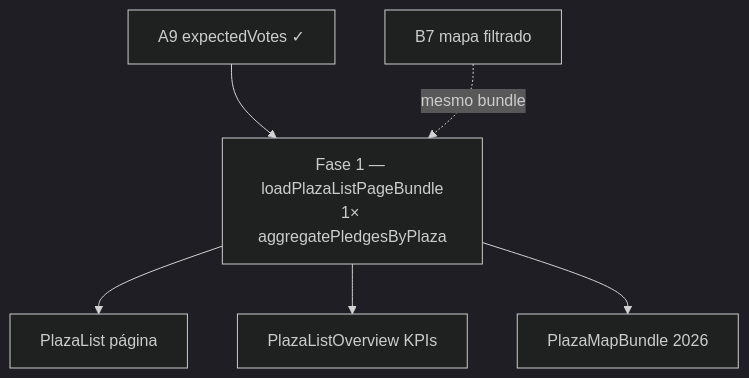
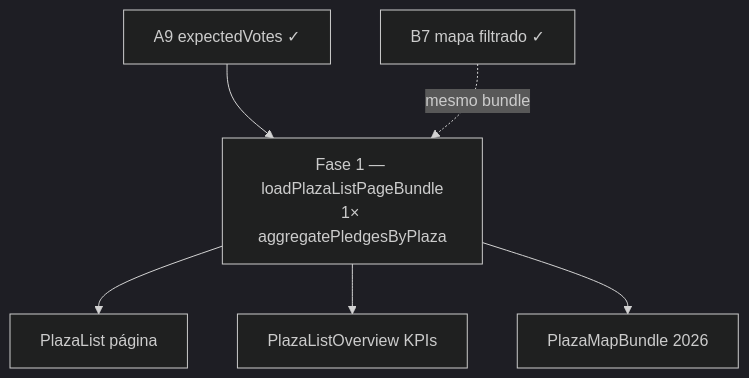
Before and after one commit to fsolla/teqo: the diagram in docs/plans/escala-dry-pos-a9.md, drawn with Mermaid (dark theme). The commit also changed other lines of this file and 8 other files, not shown here.

````diff
--- a/docs/plans/escala-dry-pos-a9.md
+++ b/docs/plans/escala-dry-pos-a9.md
@@ -46,9 +50,9 @@
 ```mermaid
 flowchart TD
     A9["A9 expectedVotes ✓"] --> F1
     F1["Fase 1 — loadPlazaListPageBundle<br/>1× aggregatePledgesByPlaza"]
     F1 --> List["PlazaList página"]
     F1 --> Overview["PlazaListOverview KPIs"]
     F1 --> Map["PlazaMapBundle 2026"]
-    B7["B7 mapa filtrado"] -.mesmo bundle.-> F1
+    B7["B7 mapa filtrado ✓"] -.mesmo bundle.-> F1
 ```
````
